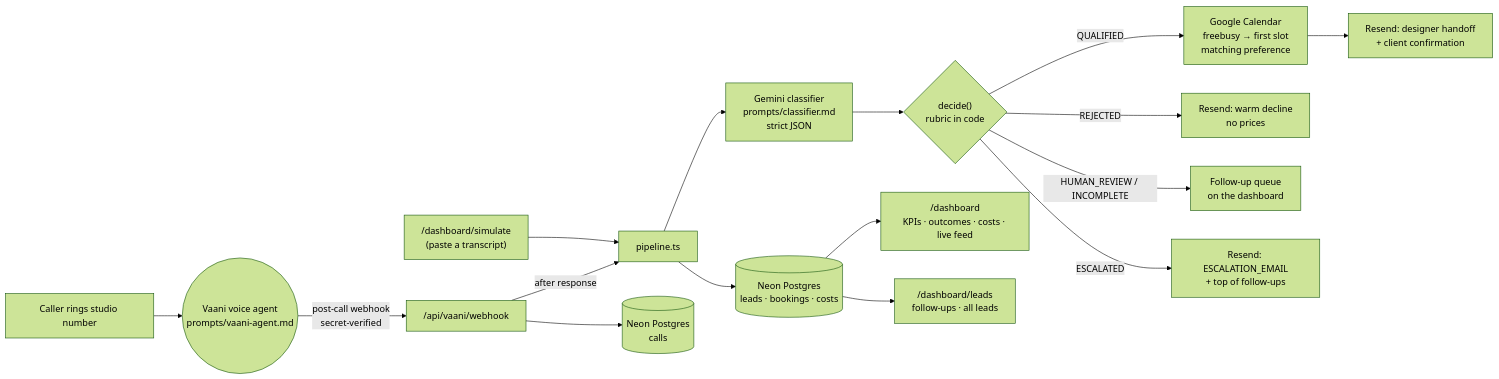
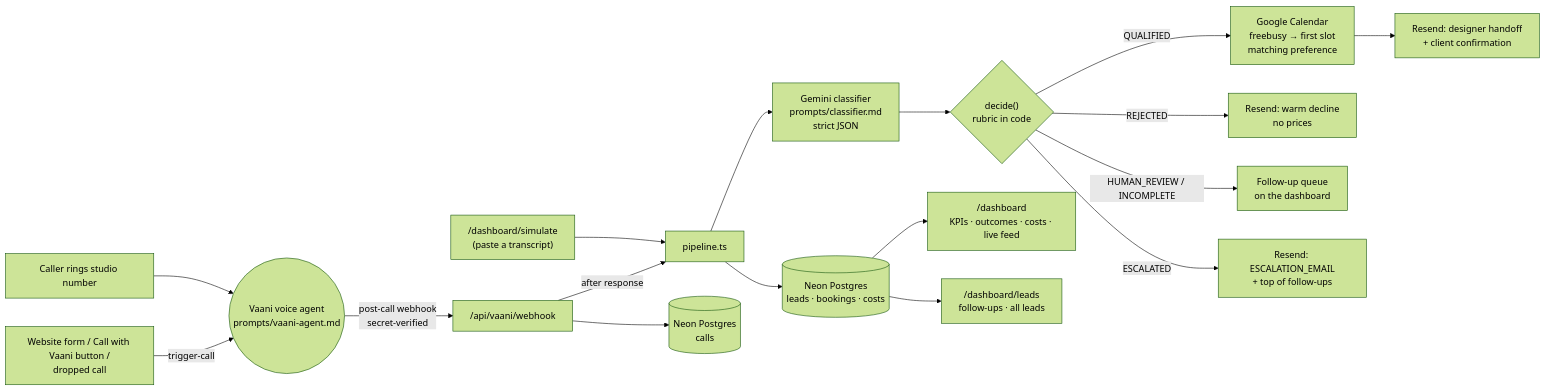
One commit to rajshreemohta-sys/aangan-studio changed the diagram in README.md. Above: the diagram before and after it, drawn with Mermaid (forest theme). The commit also changed other lines of this file and 21 other files, not shown here.

````diff
--- a/README.md
+++ b/README.md
@@ -15,20 +15,21 @@
 ```mermaid
 flowchart LR
     A[Caller rings studio number] --> V((Vaani voice agent<br/>prompts/vaani-agent.md))
+    F[Website form / Call with Vaani button /<br/>dropped call] -->|trigger-call| V
     V -->|post-call webhook<br/>secret-verified| W["/api/vaani/webhook"]
     S["/dashboard/simulate<br/>(paste a transcript)"] --> PL
 
     W --> DB[(Neon Postgres<br/>calls)]
     W -->|after response| PL[pipeline.ts]
     PL --> G[Gemini classifier<br/>prompts/classifier.md<br/>strict JSON]
     G --> D{"decide()<br/>rubric in code"}
 
     D -->|QUALIFIED| CAL[Google Calendar<br/>freebusy → first slot<br/>matching preference] --> E1[Resend: designer handoff<br/>+ client confirmation]
     D -->|REJECTED| E2[Resend: warm decline<br/>no prices]
     D -->|HUMAN_REVIEW / INCOMPLETE| FU[Follow-up queue<br/>on the dashboard]
     D -->|ESCALATED| E3[Resend: ESCALATION_EMAIL<br/>+ top of follow-ups]
 
     PL --> DB2[(Neon Postgres<br/>leads · bookings · costs)]
     DB2 --> DASH["/dashboard<br/>KPIs · outcomes · costs · live feed"]
     DB2 --> LEADS["/dashboard/leads<br/>follow-ups · all leads"]
 ```
````
